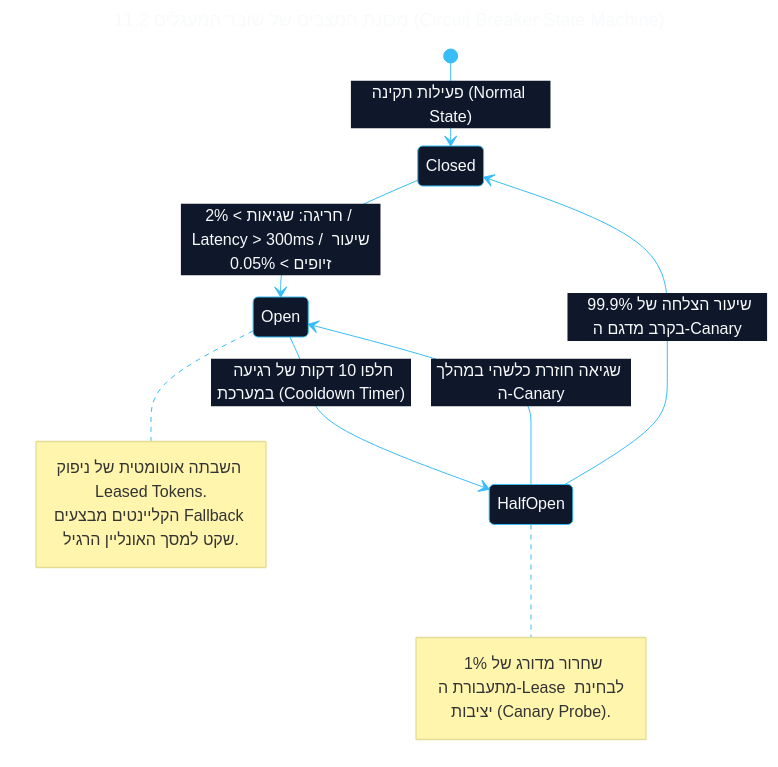
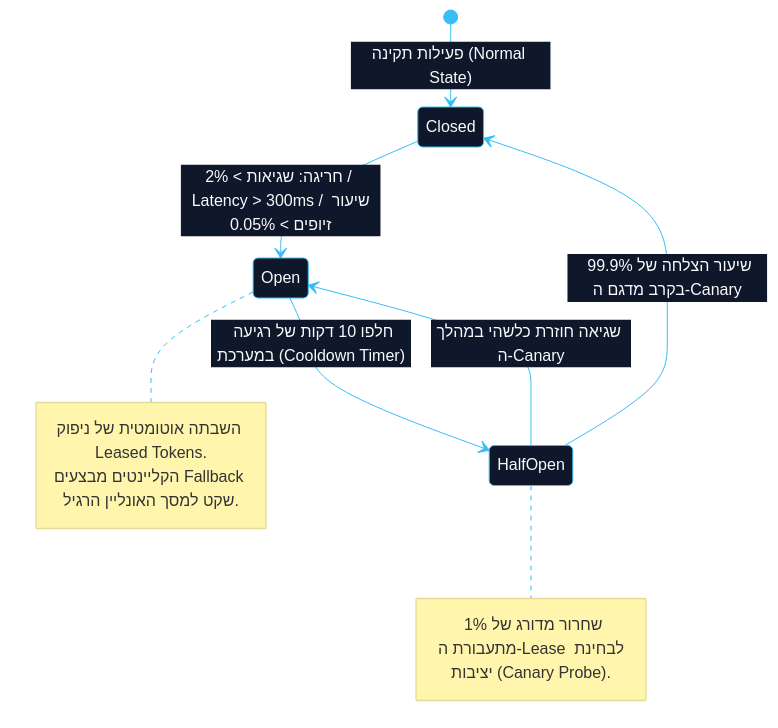
One commit to Yuvalalex/MOON-ACTIVE-MUNI-SPINE changed the second of 2 diagrams in prd_final_v5_CEO_chapters/11 - דרישות לא-פונקציונליות, שוברי מעגלים ו-Kill-Switch (Circuit Breakers & Emergency Governance).md. Above: the diagram before and after it, drawn with Mermaid. The commit also changed other lines of this file and 16 other files, not shown here.

Commit message:
docs: fix mermaid blocks in PRD docs

````diff
--- a/prd_final_v5_CEO_chapters/11 - דרישות לא-פונקציונליות, שוברי מעגלים ו-Kill-Switch (Circuit Breakers & Emergency Governance).md
+++ b/prd_final_v5_CEO_chapters/11 - דרישות לא-פונקציונליות, שוברי מעגלים ו-Kill-Switch (Circuit Breakers & Emergency Governance).md
@@ -69,41 +66,38 @@
 ```mermaid
----
-title: "11.2 מכונת המצבים של שובר המעגלים (Circuit Breaker State Machine)"
----
 %%{init: {
   "theme": "base",
   "themeVariables": {
     "fontFamily": "Segoe UI, Assistant, sans-serif",
     "fontSize": "16px",
     "primaryColor": "#0f172a",
     "primaryTextColor": "#f8fafc",
     "primaryBorderColor": "#38bdf8",
     "lineColor": "#38bdf8",
     "secondaryColor": "#1e293b",
     "tertiaryColor": "#1e293b",
     "edgeLabelBackground": "#0f172a",
     "nodeBorder": "#38bdf8",
     "clusterBkg": "#0b1120",
     "clusterBorder": "#38bdf8"
   },
   "flowchart": { "curve": "basis", "nodeSpacing": 30, "rankSpacing": 35, "padding": 15 },
   "sequence": { "actorMargin": 30, "messageMargin": 30 },
   "state": { "nodeSpacing": 30, "rankSpacing": 35, "titleTopMargin": 15 }
 }}%%
 stateDiagram-v2
     [*] --> Closed: פעילות תקינה (Normal State)
     
     Closed --> Open: חריגה: שגיאות > 2% / Latency > 300ms / שיעור זיופים > 0.05%
     note right of Open
         השבתה אוטומטית של ניפוק Leased Tokens.
         הקליינטים מבצעים Fallback שקט למסך האונליין הרגיל.
     end note
 
     Open --> HalfOpen: חלפו 10 דקות של רגיעה במערכת (Cooldown Timer)
     note right of HalfOpen
         שחרור מדורג של 1% מתעבורת ה-Lease לבחינת יציבות (Canary Probe).
     end note
 
     HalfOpen --> Closed: שיעור הצלחה של 99.9% בקרב מדגם ה-Canary
     HalfOpen --> Open: שגיאה חוזרת כלשהי במהלך ה-Canary
 ```
````
